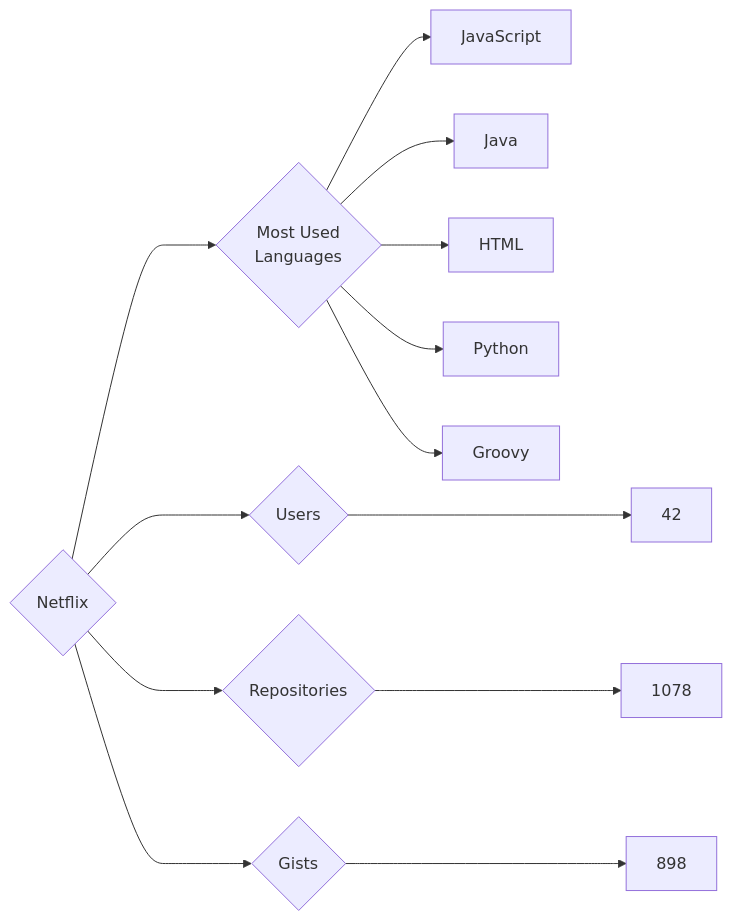
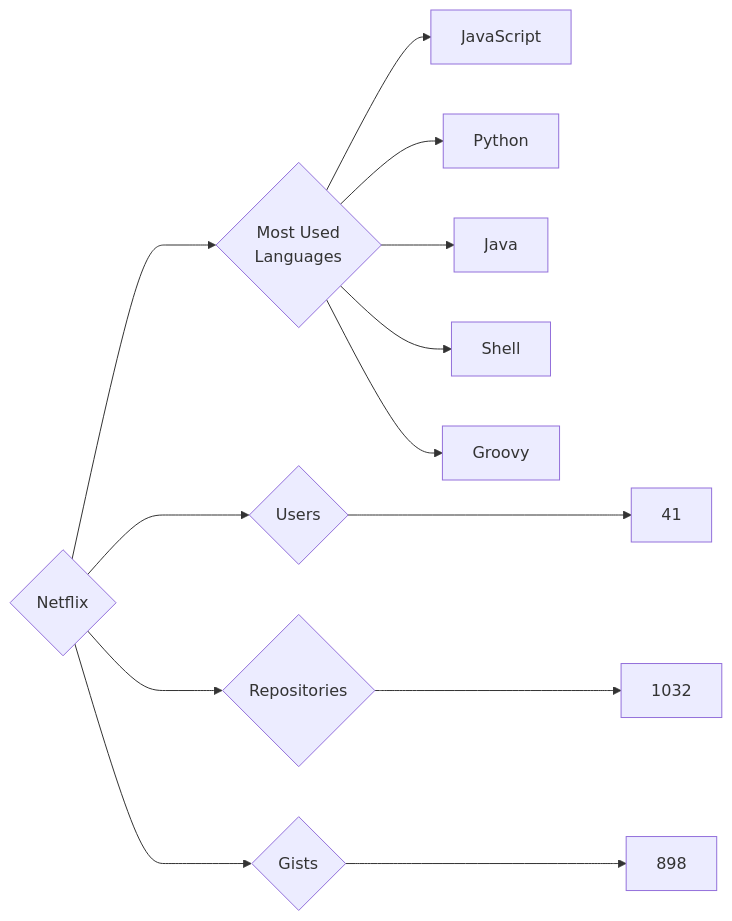
One commit to trickest/insiders changed the diagram in targets/Netflix/README.md. Above: the diagram before and after it, drawn with Mermaid. The commit also changed 725 other files, not shown here.

````diff
--- a/targets/Netflix/README.md
+++ b/targets/Netflix/README.md
@@ -3,13 +3,13 @@
 ```mermaid
 graph LR
 COMPANY_NAME{Netflix}
-COMPANY_NAME ---> U{Users} ---> UN[42]
-COMPANY_NAME ---> R{Repositories} ---> RN[1078]
+COMPANY_NAME ---> U{Users} ---> UN[41]
+COMPANY_NAME ---> R{Repositories} ---> RN[1032]
 COMPANY_NAME ---> G{Gists} ---> GN[898]
 COMPANY_NAME ---> ML{Most Used<br>Languages}
 ML --> JavaScript[JavaScript]
+ML --> Python[Python]
 ML --> Java[Java]
-ML --> HTML[HTML]
-ML --> Python[Python]
+ML --> Shell[Shell]
 ML --> Groovy[Groovy]
 ```
````
